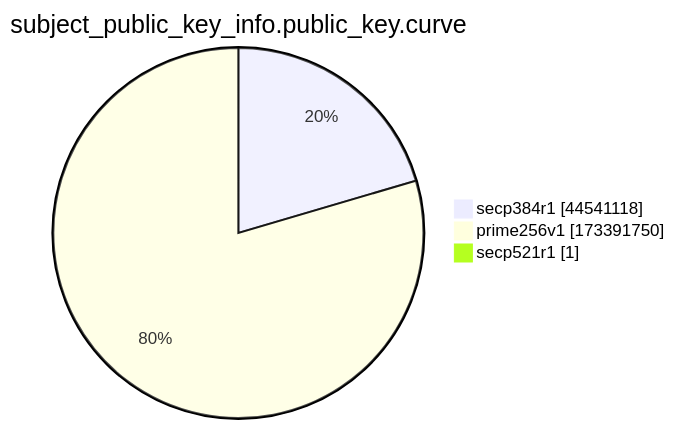
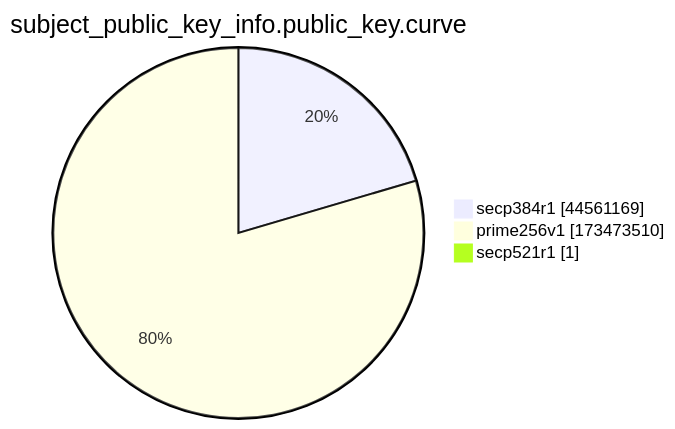
The ninth of 15 diagrams in xenon2022/README.md (christiankrug/ctmonitor_visualization), drawn with Mermaid before and after one commit. The commit also changed other lines of this file, not shown here.

````diff
--- a/xenon2022/README.md
+++ b/xenon2022/README.md
@@ -2871,7 +2871,7 @@
 ```mermaid
 pie showData
 title subject_public_key_info.public_key.curve
-"secp384r1" :44541118
-"prime256v1" :173391750
+"secp384r1" :44561169
+"prime256v1" :173473510
 "secp521r1" :1
 ```
````
